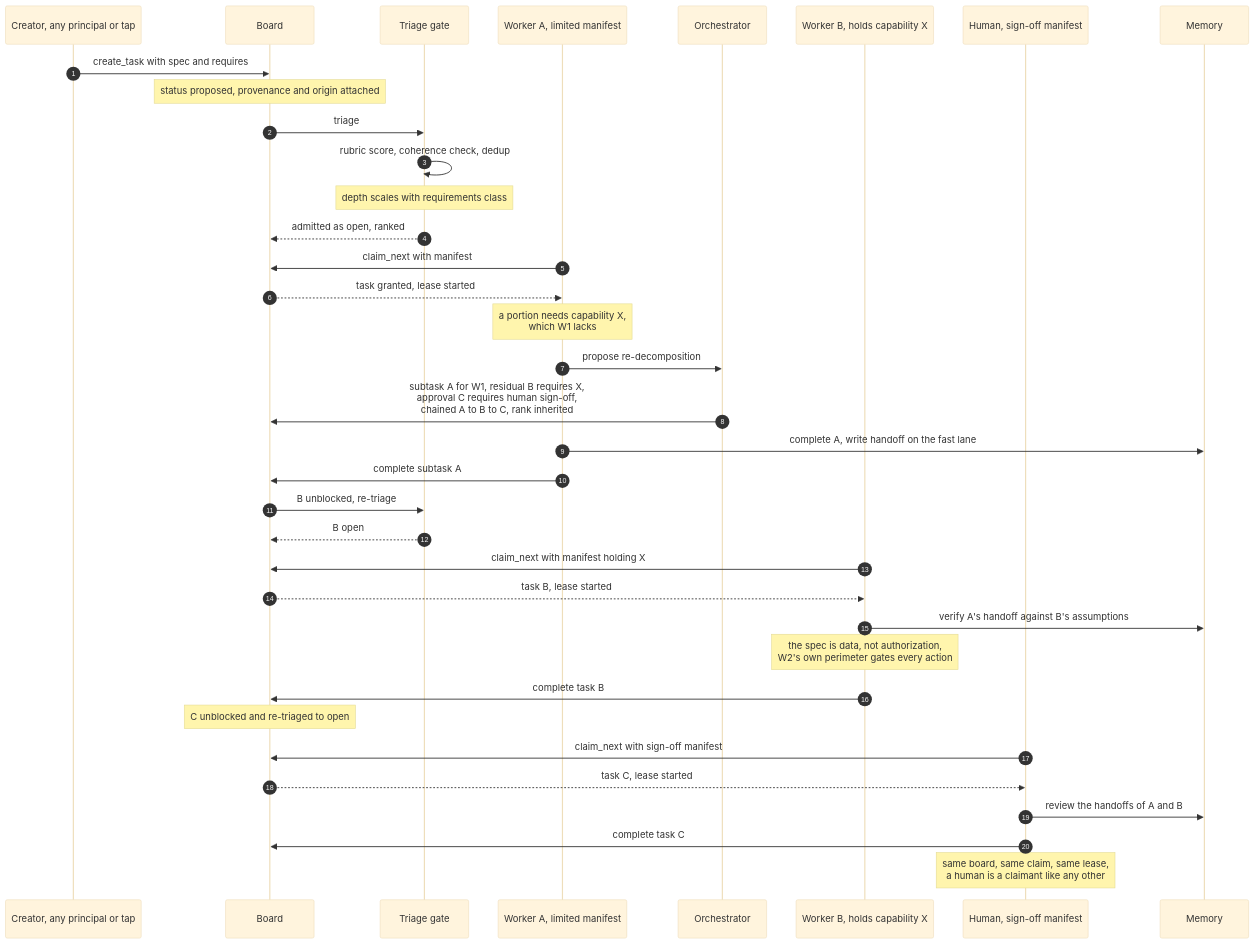
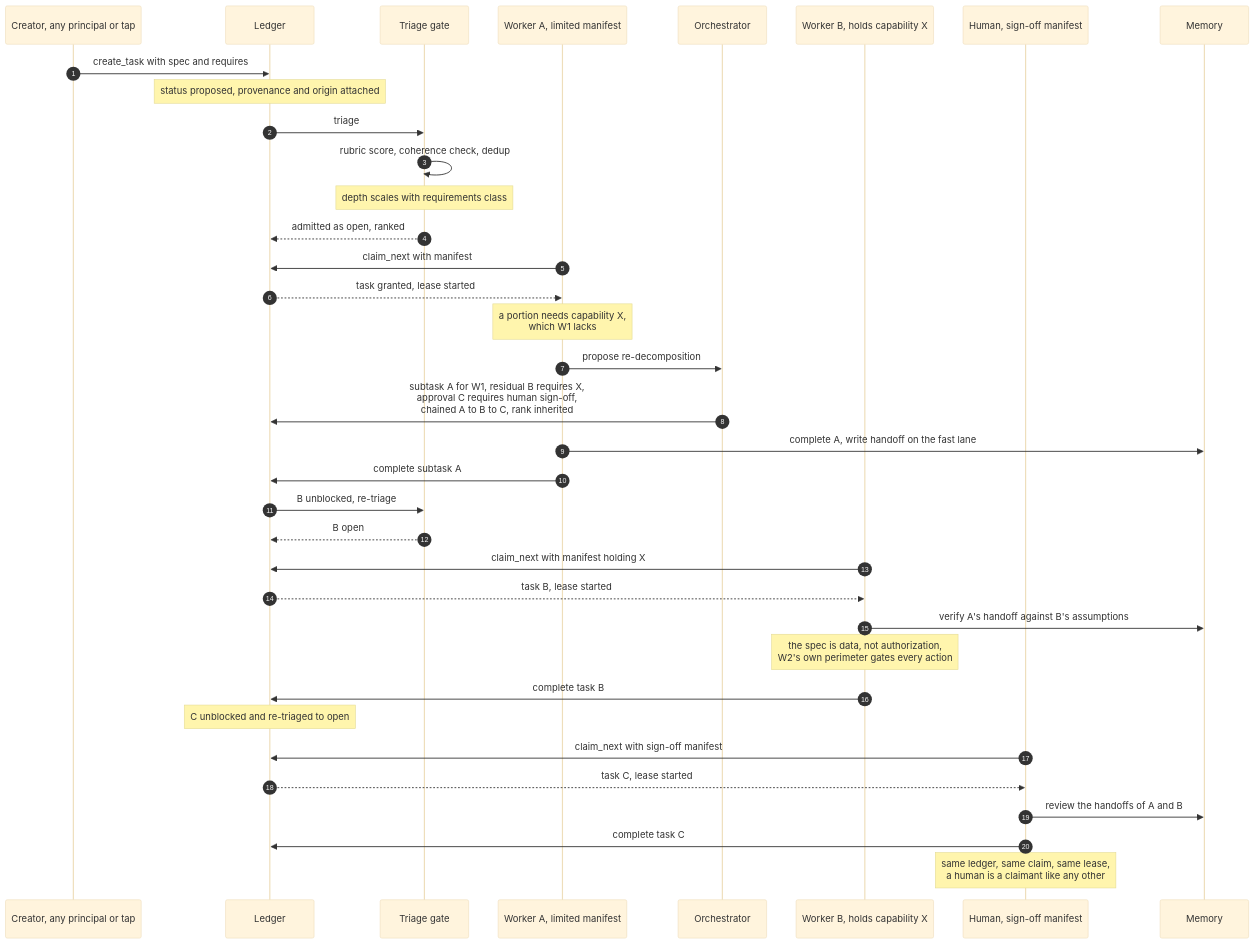
The seventh of 14 diagrams in docs/durable-memory-for-disposable-agents.md (apache/tooling-memory), drawn with Mermaid (base theme) before and after one commit. The commit also changed other lines of this file and 1 other file, not shown here.

First line of the commit message:
Rename the task board to the task ledger

````diff
--- a/docs/durable-memory-for-disposable-agents.md
+++ b/docs/durable-memory-for-disposable-agents.md
@@ -541,39 +541,39 @@
 ```mermaid
 sequenceDiagram
     autonumber
     participant CR as Creator, any principal or tap
-    participant TB as Board
+    participant TB as Ledger
     participant TRI as Triage gate
     participant W1 as Worker A, limited manifest
     participant OR as Orchestrator
     participant W2 as Worker B, holds capability X
     participant H as Human, sign-off manifest
     participant M as Memory
 
     CR->>TB: create_task with spec and requires
     Note over TB: status proposed, provenance and origin attached
     TB->>TRI: triage
     TRI->>TRI: rubric score, coherence check, dedup
     Note over TRI: depth scales with requirements class
     TRI-->>TB: admitted as open, ranked
     W1->>TB: claim_next with manifest
     TB-->>W1: task granted, lease started
     Note over W1: a portion needs capability X,<br/>which W1 lacks
     W1->>OR: propose re-decomposition
     OR->>TB: subtask A for W1, residual B requires X,<br/>approval C requires human sign-off,<br/>chained A to B to C, rank inherited
     W1->>M: complete A, write handoff on the fast lane
     W1->>TB: complete subtask A
     TB->>TRI: B unblocked, re-triage
     TRI-->>TB: B open
     W2->>TB: claim_next with manifest holding X
     TB-->>W2: task B, lease started
     W2->>M: verify A's handoff against B's assumptions
     Note over W2: the spec is data, not authorization,<br/>W2's own perimeter gates every action
     W2->>TB: complete task B
     Note over TB: C unblocked and re-triaged to open
     H->>TB: claim_next with sign-off manifest
     TB-->>H: task C, lease started
     H->>M: review the handoffs of A and B
     H->>TB: complete task C
-    Note over H: same board, same claim, same lease,<br/>a human is a claimant like any other
+    Note over H: same ledger, same claim, same lease,<br/>a human is a claimant like any other
 ```
````
